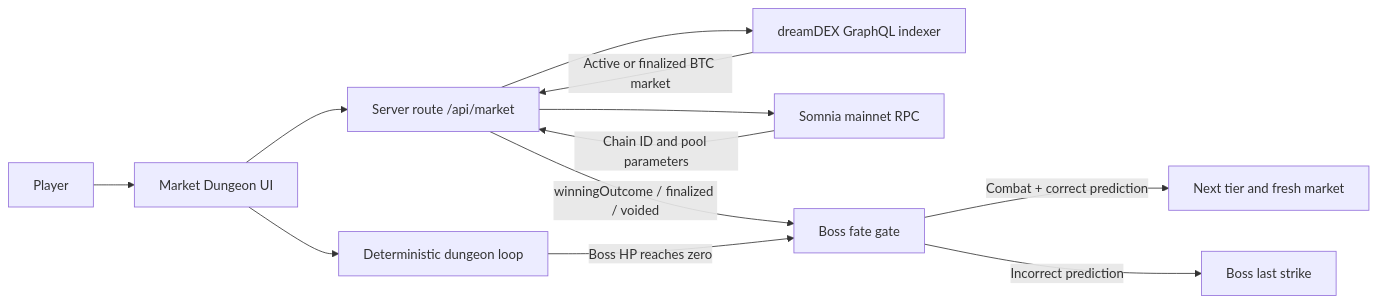
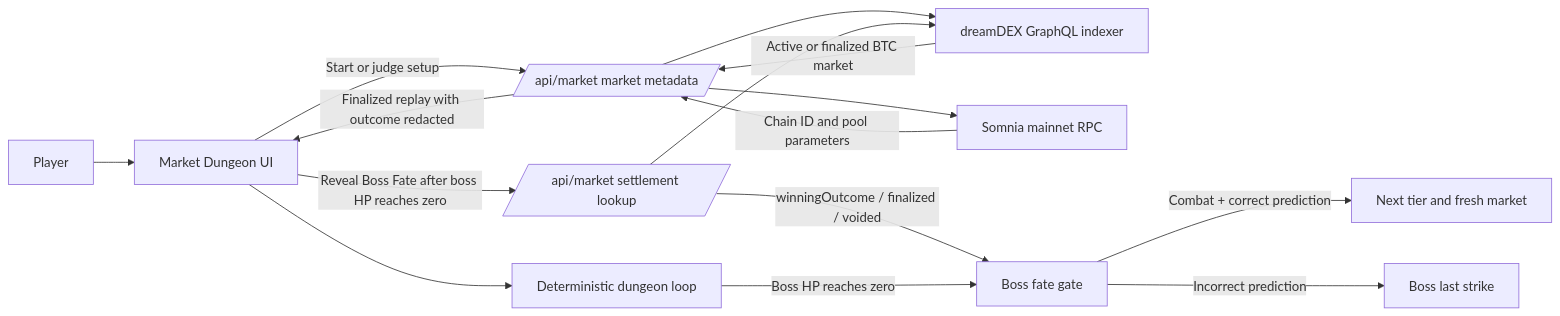
Before and after one commit to CryptoMickle/market-dungeon: the diagram in README.md, drawn with Mermaid. The commit also changed other lines of this file and 7 other files, not shown here.

First line of the commit message:
feat: finalize Market Dungeon judge proof flow (#4)

````diff
--- a/README.md
+++ b/README.md
@@ -48,14 +57,17 @@
 ```mermaid
 flowchart LR
     P[Player] --> UI[Market Dungeon UI]
-    UI --> API[Server route /api/market]
-    API --> IDX[dreamDEX GraphQL indexer]
-    API --> RPC[Somnia mainnet RPC]
-    IDX -->|Active or finalized BTC market| API
-    RPC -->|Chain ID and pool parameters| API
+    UI -->|Start or judge setup| META[/api/market market metadata/]
+    META --> IDX[dreamDEX GraphQL indexer]
+    META --> RPC[Somnia mainnet RPC]
+    IDX -->|Active or finalized BTC market| META
+    RPC -->|Chain ID and pool parameters| META
+    META -->|Finalized replay with outcome redacted| UI
     UI --> LOOP[Deterministic dungeon loop]
-    API -->|winningOutcome / finalized / voided| GATE[Boss fate gate]
+    UI -->|Reveal Boss Fate after boss HP reaches zero| SETTLE[/api/market settlement lookup/]
+    SETTLE --> IDX
+    SETTLE -->|winningOutcome / finalized / voided| GATE[Boss fate gate]
     LOOP -->|Boss HP reaches zero| GATE
     GATE -->|Combat + correct prediction| NEXT[Next tier and fresh market]
     GATE -->|Incorrect prediction| LOSS[Boss last strike]
 ```
````
